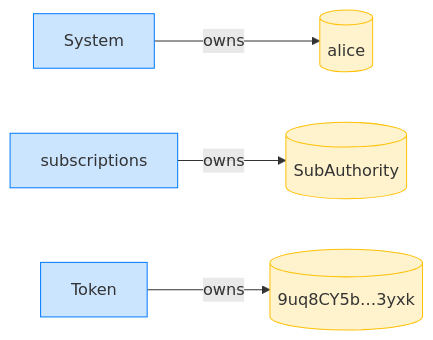
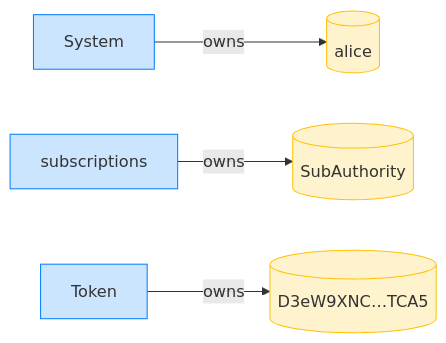
Before and after one commit to cds-rs/subscriptions: the fourth of 16 diagrams in dsl_tests/resume-rejected-at-the-cancelled-period-end.md, drawn with Mermaid. The commit also changed other lines of this file and 224 other files, not shown here.

````diff
--- a/dsl_tests/resume-rejected-at-the-cancelled-period-end.md
+++ b/dsl_tests/resume-rejected-at-the-cancelled-period-end.md
@@ -73,14 +78,14 @@
 ```mermaid
 flowchart LR
     classDef owner fill:#cce5ff,stroke:#007bff;
     classDef account fill:#fff3cd,stroke:#ffc107;
     System[System]:::owner
     alice[(alice)]:::account
     subscriptions[subscriptions]:::owner
     SubAuthority[(SubAuthority)]:::account
     Token[Token]:::owner
-    9uq8CY5b_3yxk[("9uq8CY5b…3yxk")]:::account
+    D3eW9XNC_TCA5[("D3eW9XNC…TCA5")]:::account
     System -->|owns| alice
     subscriptions -->|owns| SubAuthority
-    Token -->|owns| 9uq8CY5b_3yxk
+    Token -->|owns| D3eW9XNC_TCA5
 ```
````
